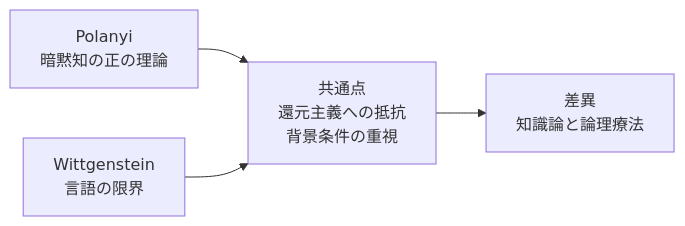
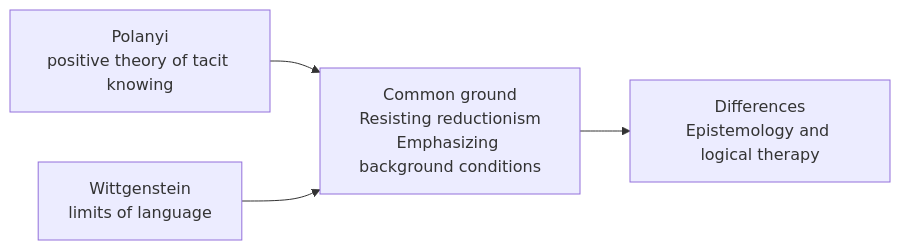
The first of 2 diagrams in content/blog/en/polanyi-wittgenstein-tacit-knowledge.mdx (daylight55/research), drawn with Mermaid before and after one commit. The commit also changed other lines of this file and 26 other files, not shown here.

Commit message:
Translate English Mermaid labels

````diff
--- a/content/blog/en/polanyi-wittgenstein-tacit-knowledge.mdx
+++ b/content/blog/en/polanyi-wittgenstein-tacit-knowledge.mdx
@@ -31,6 +31,6 @@
 ```mermaid
 flowchart LR
-  P["Polanyi<br/>暗黙知の正の理論"] --> C["共通点<br/>還元主義への抵抗<br/>背景条件の重視"]
-  W["Wittgenstein<br/>言語の限界"] --> C
-  C --> D["差異<br/>知識論と論理療法"]
+  P["Polanyi<br/>positive theory of tacit knowing"] --> C["Common ground<br/>Resisting reductionism<br/>Emphasizing background conditions"]
+  W["Wittgenstein<br/>limits of language"] --> C
+  C --> D["Differences<br/>Epistemology and logical therapy"]
 ```
````
